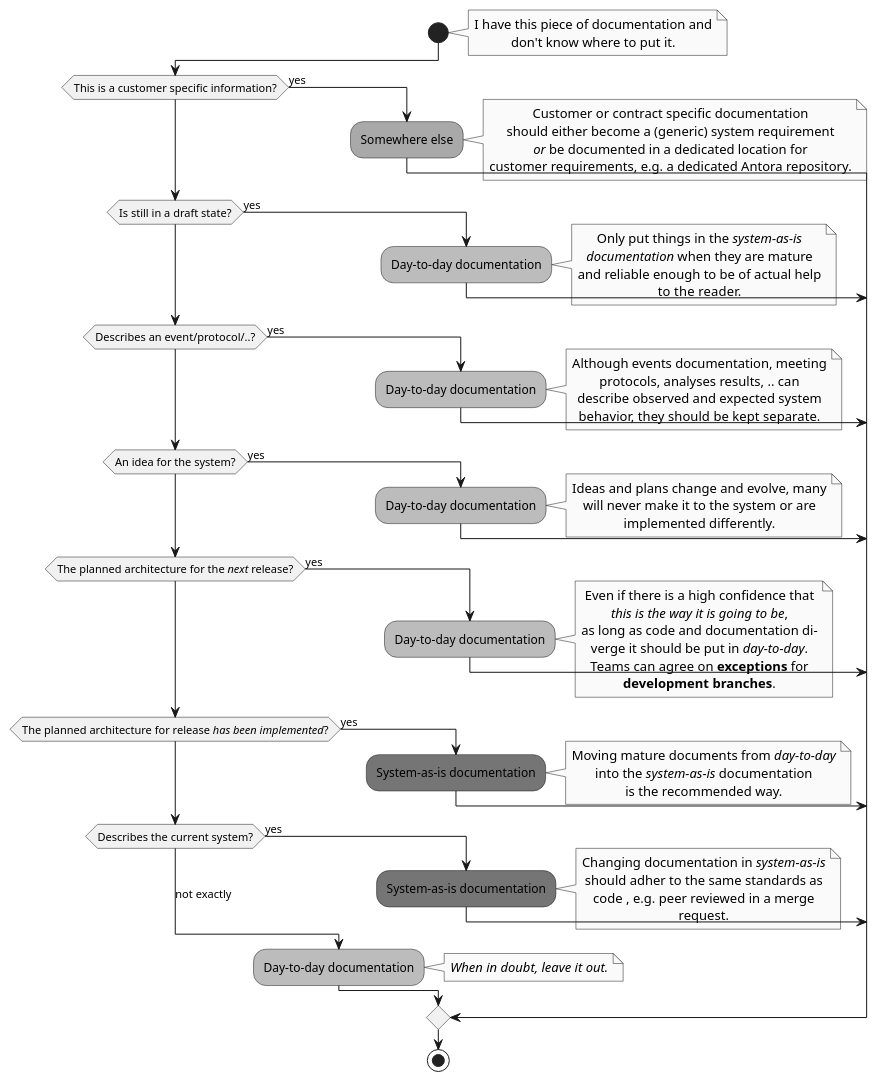
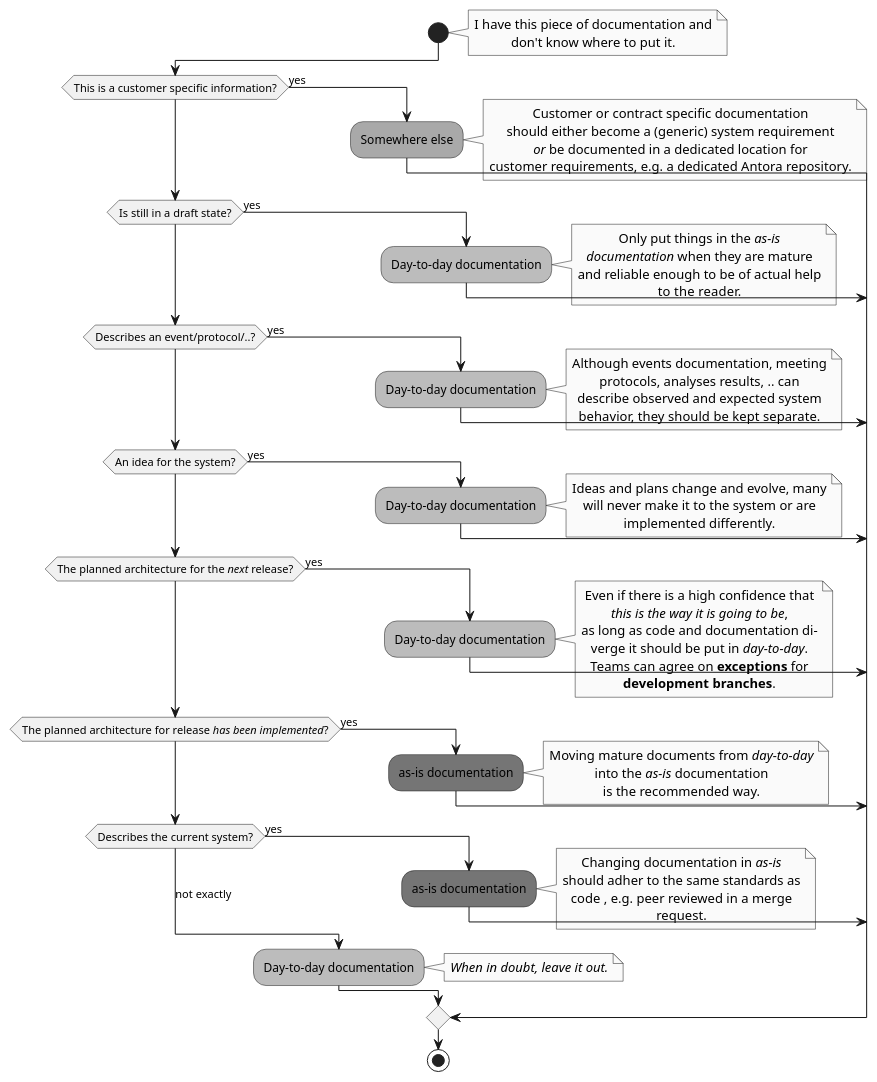
One commit to better-docs/system-doc-tpl changed the second of 2 diagrams in docs/modules/ROOT/pages/doc-layout.adoc. Above: the diagram before and after it, drawn with PlantUML. The commit also changed other lines of this file, not shown here.

Commit message:
Split "system" and "as-is" wording

```diff
--- a/docs/modules/ROOT/pages/doc-layout.adoc
+++ b/docs/modules/ROOT/pages/doc-layout.adoc
@@ -101,80 +295,80 @@
 [plantuml,  where-to-put-it, svg]
 ----
 @startuml
 !pragma useVerticalIf on
 skinparam monochrome true
 skinparam defaulttextalignment center
 skinparam legendbackgroundcolor none
 hide circle
 
 start
 note right
   I have this piece of documentation and
   don't know where to put it.
 end note
 if (This is a customer specific information?) then (yes)
   #DarkGray:Somewhere else;
 note right
     Customer or contract specific documentation
     should either become a (generic) system requirement
     //or// be documented in a dedicated location for
     customer requirements, e.g. a dedicated Antora repository.
 end note
 elseif (Is still in a draft state?) then (yes)
   #SkyBlue:Day-to-day documentation;
 note right
-    Only put things in the //system-as-is//
+    Only put things in the //as-is//
     //documentation// when they are mature
     and reliable enough to be of actual help
     to the reader.
 end note
 elseif (Describes an event/protocol/..?) then (yes)
   #SkyBlue:Day-to-day documentation;
 note right
     Although events documentation, meeting
     protocols, analyses results, .. can
     describe observed and expected system
     behavior, they should be kept separate.
 end note
 elseif (An idea for the system?) then  (yes)
   #SkyBlue:Day-to-day documentation;
 note right
     Ideas and plans change and evolve, many
     will never make it to the system or are
     implemented differently.
 end note
 elseif (The planned architecture for the //next// release?) then  (yes)
   #SkyBlue:Day-to-day documentation;
 note right
     Even if there is a high confidence that
     //this is the way it is going to be//,
     as long as code and documentation di-
     verge it should be put in //day-to-day//.
     Teams can agree on **exceptions** for
     **development branches**.
 end note
 elseif (The planned architecture for release //has been implemented//?) then  (yes)
-  #SteelBlue:System-as-is documentation;
+  #SteelBlue:as-is documentation;
 note right
     Moving mature documents from //day-to-day//
-    into the //system-as-is// documentation
+    into the //as-is// documentation
     is the recommended way.
 end note
 
 elseif (Describes the current system?) then  (yes)
-  #SteelBlue:System-as-is documentation;
+  #SteelBlue:as-is documentation;
 note right
-    Changing documentation in //system-as-is//
+    Changing documentation in //as-is//
     should adher to the same standards as
     code , e.g. peer reviewed in a merge
     request.
 end note
 else (not exactly)
   #SkyBlue:Day-to-day documentation;
 note right
     //When in doubt, leave it out.//
 end note
 endif
 stop
 @enduml
 ----
```
